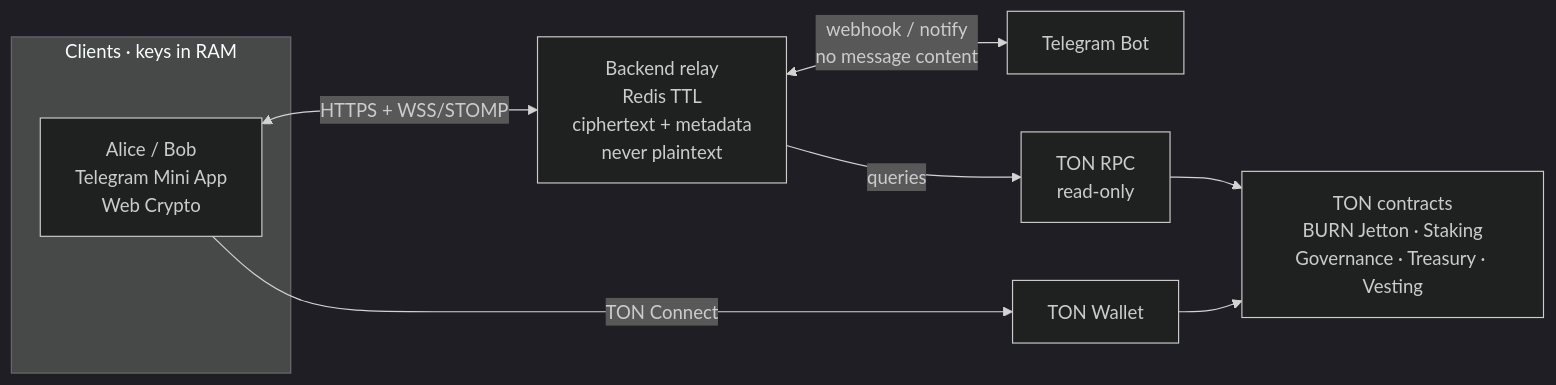
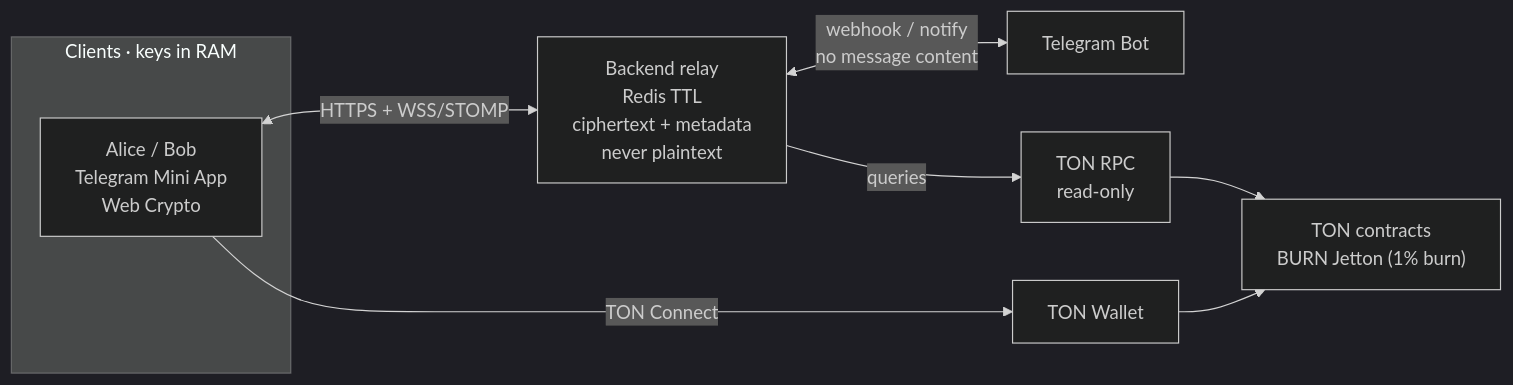
Before and after one commit to Masalytin/BurnedChats: the diagram in README.md, drawn with Mermaid (dark theme). The commit also changed other lines of this file and 6 other files, not shown here.

````diff
--- a/README.md
+++ b/README.md
@@ -47,19 +47,19 @@
 ```mermaid
 flowchart LR
   subgraph Clients["Clients · keys in RAM"]
     A["Alice / Bob<br/>Telegram Mini App<br/>Web Crypto"]
   end
 
   TG["Telegram Bot"]
   BE["Backend relay<br/>Redis TTL<br/>ciphertext + metadata<br/>never plaintext"]
   RPC["TON RPC<br/>read-only"]
   WAL["TON Wallet"]
-  CHAIN["TON contracts<br/>BURN Jetton · Staking<br/>Governance · Treasury · Vesting"]
+  CHAIN["TON contracts<br/>BURN Jetton (1% burn)"]
 
   A <-->|"HTTPS + WSS/STOMP"| BE
   BE <-->|"webhook / notify<br/>no message content"| TG
   A -->|"TON Connect"| WAL
   WAL --> CHAIN
   BE -->|"queries"| RPC
   RPC --> CHAIN
 ```
````
